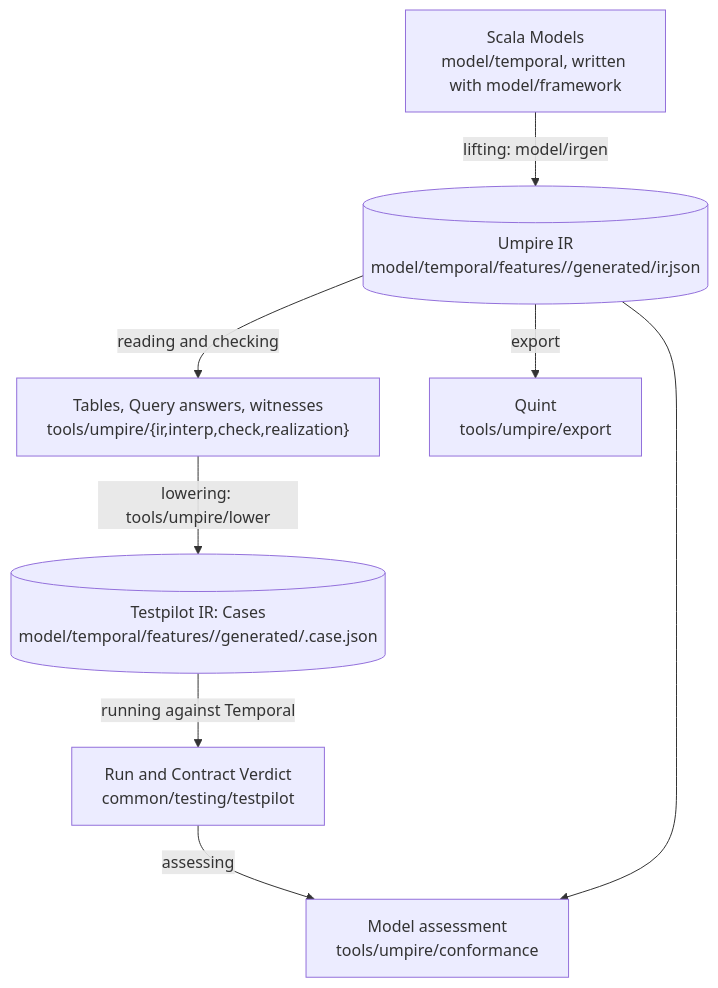
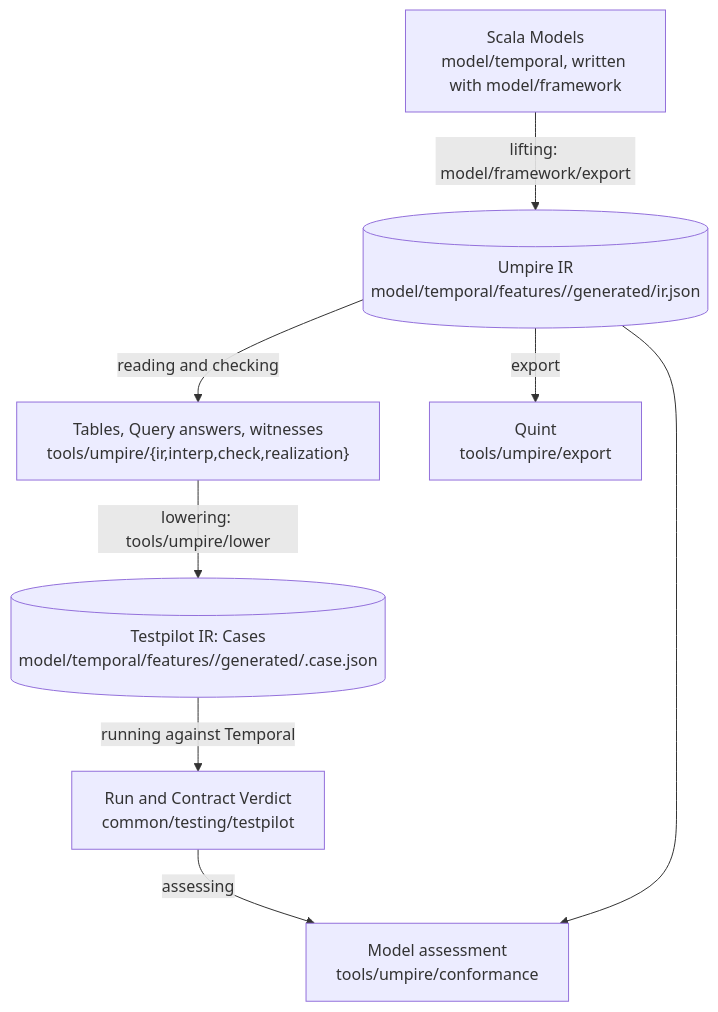
One commit to stephanos/temporal changed the diagram in model/README.md. Above: the diagram before and after it, drawn with Mermaid. The commit also changed other lines of this file and 759 other files, not shown here.

First line of the commit message:
refactor(model): move the lifter, checks and migration harness into framework/ and temporal/ (fn-169.1)

````diff
--- a/model/README.md
+++ b/model/README.md
@@ -130,18 +130,18 @@
 ```mermaid
 flowchart TD
     scala["Scala Models<br/>model/temporal, written with model/framework"]
     uir[("Umpire IR<br/>model/temporal/features/<feature>/generated/ir.json")]
     reader["Tables, Query answers, witnesses<br/>tools/umpire/{ir,interp,check,realization}"]
     tir[("Testpilot IR: Cases<br/>model/temporal/features/<feature>/generated/<query>.case.json")]
     run["Run and Contract Verdict<br/>common/testing/testpilot"]
     assessment["Model assessment<br/>tools/umpire/conformance"]
     other["Quint<br/>tools/umpire/export"]
 
-    scala -->|"lifting: model/irgen"| uir
+    scala -->|"lifting: model/framework/export"| uir
     uir -->|"reading and checking"| reader
     reader -->|"lowering: tools/umpire/lower"| tir
     tir -->|"running against Temporal"| run
     run -->|"assessing"| assessment
     uir --> assessment
     uir -->|"export"| other
 ```
````
